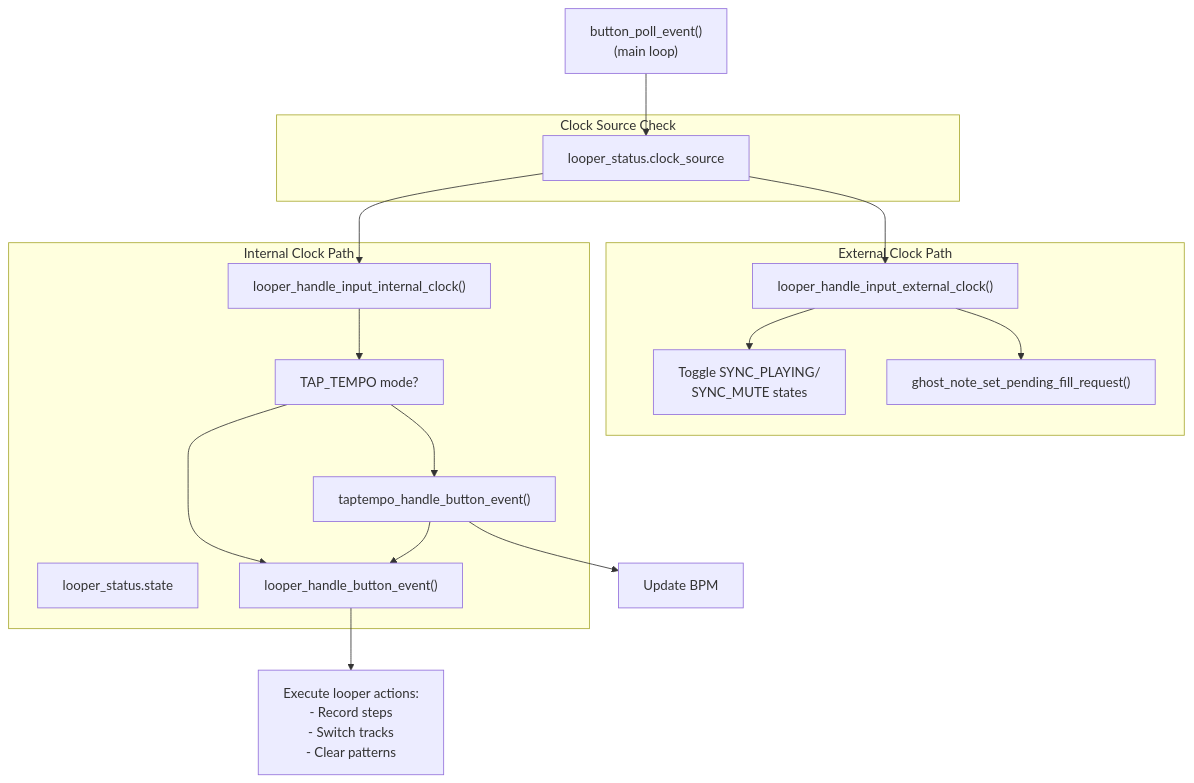
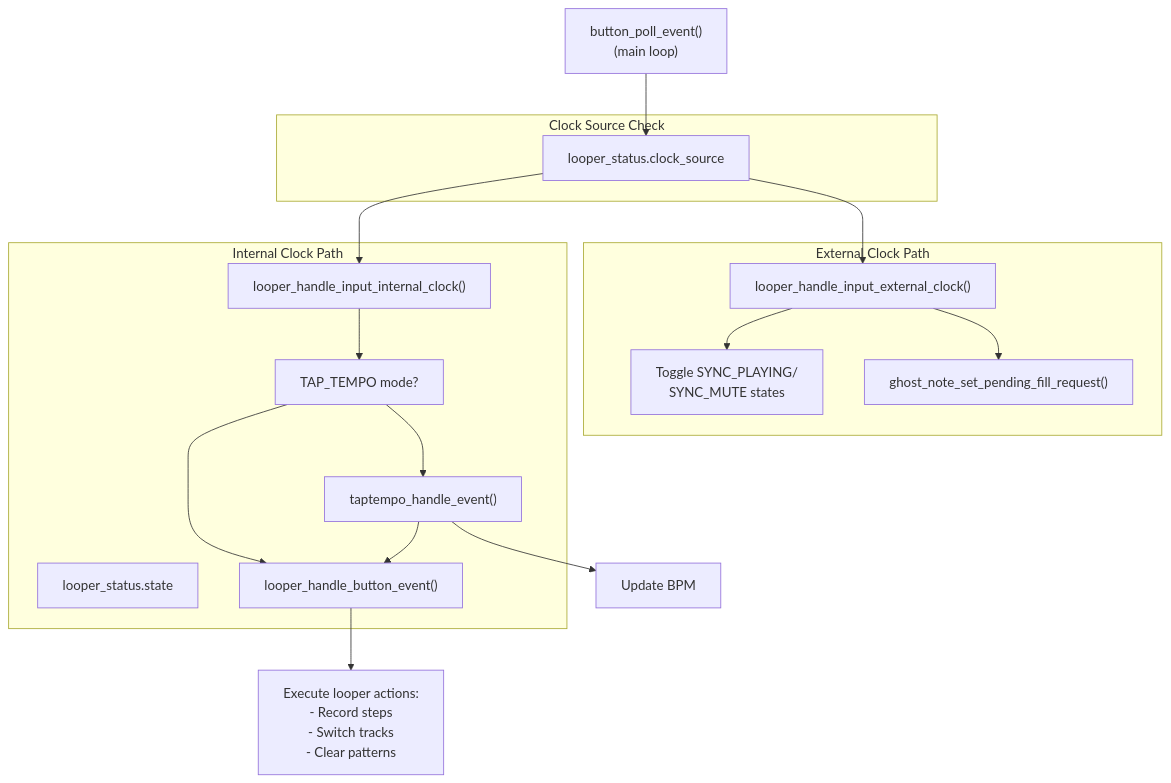
The second of 6 diagrams in wiki/7.1-button-input.md (Jus-Be/orinayo-pico), drawn with Mermaid before and after one commit. The commit also changed other lines of this file and 42 other files, not shown here.

````diff
--- a/wiki/7.1-button-input.md
+++ b/wiki/7.1-button-input.md
@@ -66,46 +79,46 @@
 ```mermaid
 flowchart TD
 
 Poll["button_poll_event()<br>(main loop)"]
 ClockSrc["looper_status.clock_source"]
 IntHandler["looper_handle_input_internal_clock()"]
 StateCheck["looper_status.state"]
 TapMode["TAP_TEMPO mode?"]
-TapHandler["taptempo_handle_button_event()"]
+TapHandler["taptempo_handle_event()"]
 LooperHandler["looper_handle_button_event()"]
 ExtHandler["looper_handle_input_external_clock()"]
 ExtLogic["Toggle SYNC_PLAYING/<br>SYNC_MUTE states"]
 FillLogic["ghost_note_set_pending_fill_request()"]
 Update["Update BPM"]
 Actions["Execute looper actions:<br>- Record steps<br>- Switch tracks<br>- Clear patterns"]
 
 Poll --> ClockSrc
 ClockSrc --> IntHandler
 ClockSrc --> ExtHandler
 TapHandler --> Update
 LooperHandler --> Actions
 
 subgraph subGraph2 ["External Clock Path"]
     ExtHandler
     ExtLogic
     FillLogic
     ExtHandler --> ExtLogic
     ExtHandler --> FillLogic
 end
 
 subgraph subGraph1 ["Internal Clock Path"]
     IntHandler
     StateCheck
     TapMode
     TapHandler
     LooperHandler
     IntHandler --> TapMode
     TapMode --> TapHandler
     TapMode --> LooperHandler
     TapHandler --> LooperHandler
 end
 
 subgraph subGraph0 ["Clock Source Check"]
     ClockSrc
 end
 ```
````
